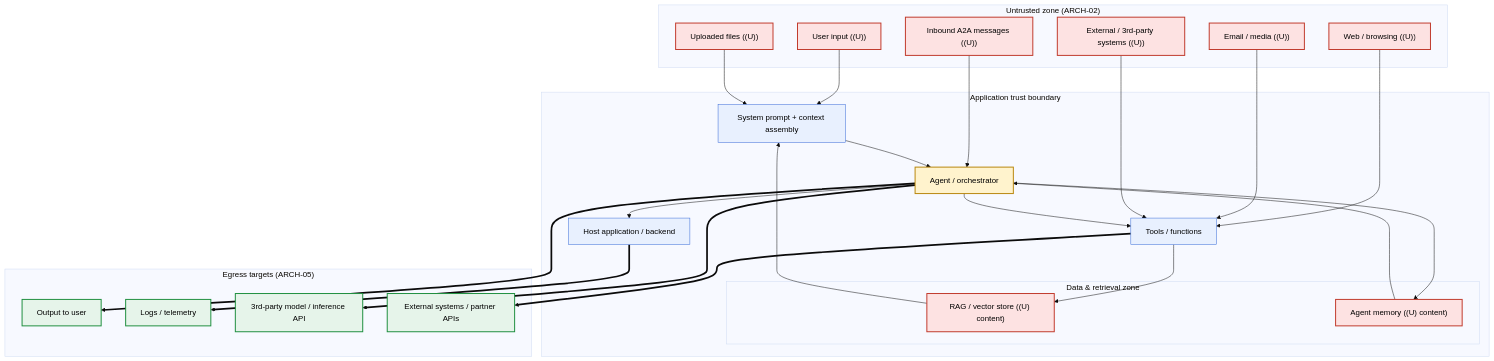
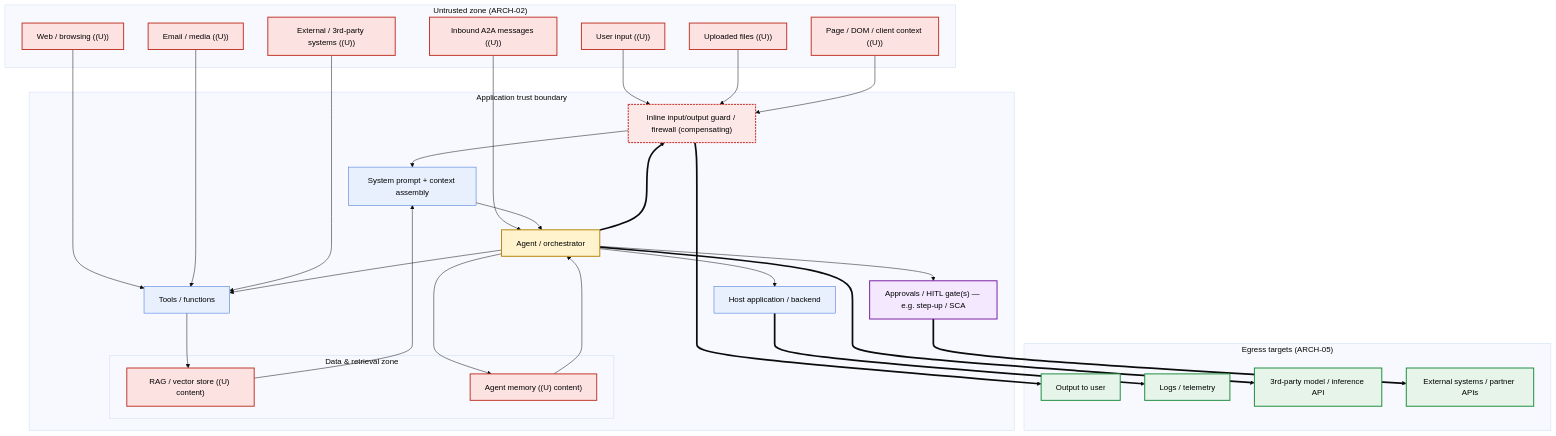
Before and after one commit to s33k3r0ck/agentic-ai-security-controls: the diagram in templates/agent-data-flow.md, drawn with Mermaid (base theme). The commit also changed other lines of this file and 26 other files, not shown here.

First line of the commit message:
Release 1.1.1: evidence-template fidelity hardening + ARCH-02 client-context

````diff
--- a/templates/agent-data-flow.md
+++ b/templates/agent-data-flow.md
@@ -36,60 +39,71 @@
 ```mermaid
 flowchart TD
     %% ====== UNTRUSTED ZONE (outside the trust boundary) ======
     subgraph UNTRUSTED["Untrusted zone (ARCH-02)"]
         USER["User input ((U))"]:::untrusted
         FILES["Uploaded files ((U))"]:::untrusted
+        PAGECTX["Page / DOM / client context ((U))"]:::untrusted
         WEB["Web / browsing ((U))"]:::untrusted
         EMAIL["Email / media ((U))"]:::untrusted
         A2A["Inbound A2A messages ((U))"]:::untrusted
         EXT["External / 3rd-party systems ((U))"]:::untrusted
     end
 
     %% ====== TRUSTED / CONTROLLED ZONE ======
     subgraph TRUSTED["Application trust boundary"]
+        GUARD["Inline input/output guard / firewall (compensating)"]:::guard
         AGENT["Agent / orchestrator"]:::agent
         PROMPT["System prompt + context assembly"]:::trusted
         TOOLS["Tools / functions"]:::trusted
         APP["Host application / backend"]:::trusted
+        APPROVAL["Approvals / HITL gate(s) — e.g. step-up / SCA"]:::approval
         subgraph DATAZONE["Data & retrieval zone"]
             RAG["RAG / vector store ((U) content)"]:::untrusted
             MEM["Agent memory ((U) content)"]:::untrusted
         end
     end
 
     %% ====== EGRESS TARGETS ======
     subgraph EGRESS["Egress targets (ARCH-05)"]
         OUTUSER["Output to user"]:::egress
         LOGS["Logs / telemetry"]:::egress
         MODEL["3rd-party model / inference API"]:::egress
         EXTOUT["External systems / partner APIs"]:::egress
     end
 
     %% ---- Untrusted inputs entering the boundary (ARCH-02) ----
-    USER --> PROMPT
-    FILES --> PROMPT
+    %% Inbound untrusted channels pass through the inline guard first (compensating, not authz)
+    USER --> GUARD
+    FILES --> GUARD
+    PAGECTX --> GUARD
     WEB --> TOOLS
     EMAIL --> TOOLS
     A2A --> AGENT
     EXT --> TOOLS
     RAG --> PROMPT
     MEM --> AGENT
+    GUARD --> PROMPT
 
     %% ---- Internal flow ----
     PROMPT --> AGENT
     AGENT --> TOOLS
     AGENT --> APP
     AGENT --> MEM
     TOOLS --> RAG
 
     %% ---- Classified egress paths (ARCH-05) ----
-    AGENT ==> OUTUSER
+    %% High-risk actions the agent only drafts/proposes pass through an approvals/HITL gate
+    AGENT --> APPROVAL
+    APPROVAL ==> EXTOUT
+    AGENT ==> GUARD
+    GUARD ==> OUTUSER
     AGENT ==> MODEL
-    TOOLS ==> EXTOUT
     APP ==> LOGS
 
     classDef untrusted fill:#fde2e2,stroke:#c0392b,stroke-width:2px,color:#000;
     classDef trusted fill:#e8f0fe,stroke:#3367d6,color:#000;
     classDef agent fill:#fff3cd,stroke:#b8860b,stroke-width:2px,color:#000;
     classDef egress fill:#e6f4ea,stroke:#1e8e3e,stroke-width:2px,color:#000;
+    classDef guard fill:#fce8e6,stroke:#c5221f,stroke-width:2px,stroke-dasharray:4 2,color:#000;
+    classDef approval fill:#f3e8fd,stroke:#7b1fa2,stroke-width:2px,color:#000;
 ```
````
